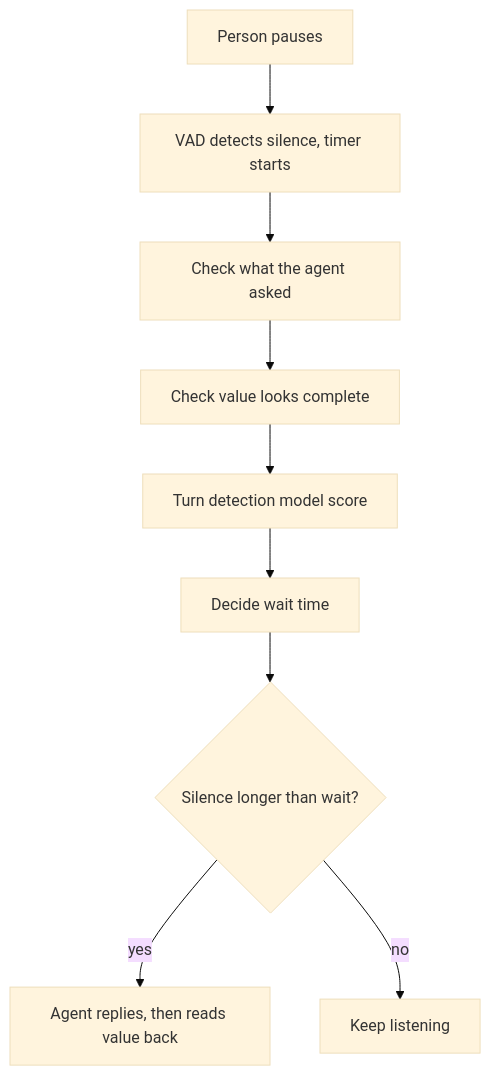
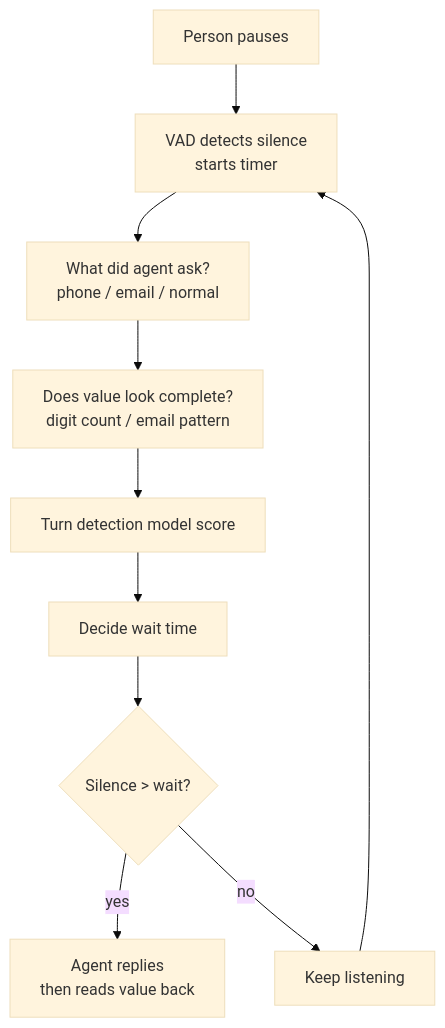
Before and after one commit to kaisarnajar/outcome-school-blogs: the diagram in notes/step-16-ai-infrastructure-deployment-and-system-design/195-unfinished-input-in-voice-agents.md, drawn with Mermaid (base theme). The commit also changed other lines of this file and 233 other files, not shown here.

````diff
--- a/notes/step-16-ai-infrastructure-deployment-and-system-design/195-unfinished-input-in-voice-agents.md
+++ b/notes/step-16-ai-infrastructure-deployment-and-system-design/195-unfinished-input-in-voice-agents.md
@@ -40,11 +39,12 @@
 ```mermaid
 flowchart TD
-    A["Person pauses"] --> B["VAD detects silence, timer starts"]
-    B --> C["Check what the agent asked"]
-    C --> D["Check value looks complete"]
-    D --> E["Turn detection model score"]
-    E --> F["Decide wait time"]
-    F --> G{"Silence longer than wait?"}
-    G -->|"yes"| H["Agent replies, then reads value back"]
-    G -->|"no"| I["Keep listening"]
+A1["Person pauses"] --> B1["VAD detects silence<br/>starts timer"]
+B1 --> C1["What did agent ask?<br/>phone / email / normal"]
+C1 --> D1["Does value look complete?<br/>digit count / email pattern"]
+D1 --> E1["Turn detection model score"]
+E1 --> F1["Decide wait time"]
+F1 --> G1{"Silence > wait?"}
+G1 -->|"yes"| H1["Agent replies<br/>then reads value back"]
+G1 -->|"no"| I1["Keep listening"]
+I1 --> B1
 ```
````
